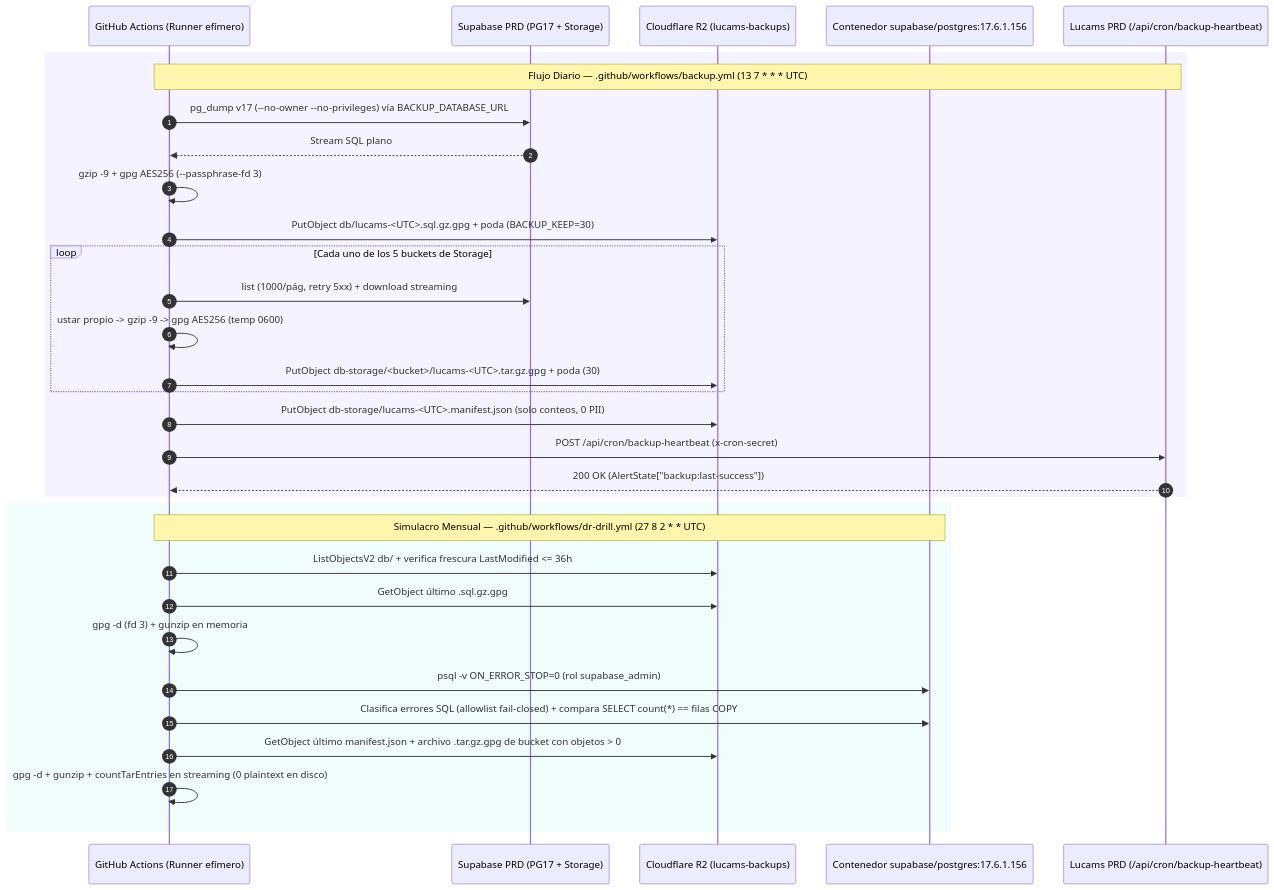
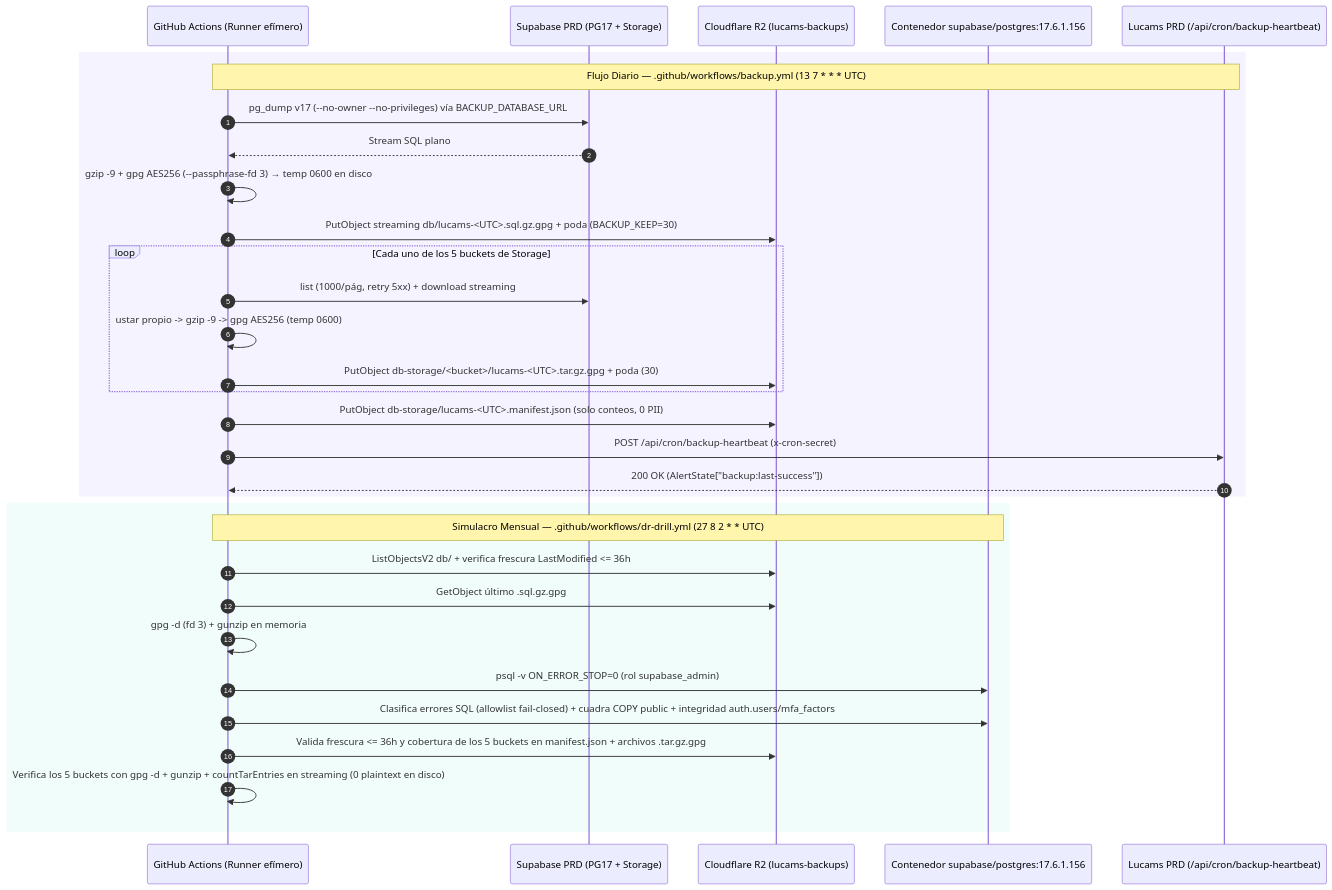
Before and after one commit to jullieth93/lucams: the second of 2 diagrams in docs/integrations/cloudflare.md, drawn with Mermaid. The commit also changed other lines of this file and 5 other files, not shown here.

````diff
--- a/docs/integrations/cloudflare.md
+++ b/docs/integrations/cloudflare.md
@@ -188,36 +188,36 @@
 ```mermaid
 sequenceDiagram
   autonumber
   participant GHA as GitHub Actions (Runner efímero)
   participant Supa as Supabase PRD (PG17 + Storage)
   participant R2 as Cloudflare R2 (lucams-backups)
   participant EphPG as Contenedor supabase/postgres:17.6.1.156
   participant App as Lucams PRD (/api/cron/backup-heartbeat)
 
   rect rgb(245, 243, 255)
     Note over GHA,App: Flujo Diario — .github/workflows/backup.yml (13 7 * * * UTC)
     GHA->>Supa: pg_dump v17 (--no-owner --no-privileges) vía BACKUP_DATABASE_URL
     Supa-->>GHA: Stream SQL plano
-    GHA->>GHA: gzip -9 + gpg AES256 (--passphrase-fd 3)
-    GHA->>R2: PutObject db/lucams-<UTC>.sql.gz.gpg + poda (BACKUP_KEEP=30)
+    GHA->>GHA: gzip -9 + gpg AES256 (--passphrase-fd 3) → temp 0600 en disco
+    GHA->>R2: PutObject streaming db/lucams-<UTC>.sql.gz.gpg + poda (BACKUP_KEEP=30)
     loop Cada uno de los 5 buckets de Storage
       GHA->>Supa: list (1000/pág, retry 5xx) + download streaming
       GHA->>GHA: ustar propio -> gzip -9 -> gpg AES256 (temp 0600)
       GHA->>R2: PutObject db-storage/<bucket>/lucams-<UTC>.tar.gz.gpg + poda (30)
     end
     GHA->>R2: PutObject db-storage/lucams-<UTC>.manifest.json (solo conteos, 0 PII)
     GHA->>App: POST /api/cron/backup-heartbeat (x-cron-secret)
     App-->>GHA: 200 OK (AlertState["backup:last-success"])
   end
 
   rect rgb(240, 253, 250)
     Note over GHA,EphPG: Simulacro Mensual — .github/workflows/dr-drill.yml (27 8 2 * * UTC)
     GHA->>R2: ListObjectsV2 db/ + verifica frescura LastModified <= 36h
     GHA->>R2: GetObject último .sql.gz.gpg
     GHA->>GHA: gpg -d (fd 3) + gunzip en memoria
     GHA->>EphPG: psql -v ON_ERROR_STOP=0 (rol supabase_admin)
-    GHA->>EphPG: Clasifica errores SQL (allowlist fail-closed) + compara SELECT count(*) == filas COPY
-    GHA->>R2: GetObject último manifest.json + archivo .tar.gz.gpg de bucket con objetos > 0
-    GHA->>GHA: gpg -d + gunzip + countTarEntries en streaming (0 plaintext en disco)
+    GHA->>EphPG: Clasifica errores SQL (allowlist fail-closed) + cuadra COPY public + integridad auth.users/mfa_factors
+    GHA->>R2: Valida frescura <= 36h y cobertura de los 5 buckets en manifest.json + archivos .tar.gz.gpg
+    GHA->>GHA: Verifica los 5 buckets con gpg -d + gunzip + countTarEntries en streaming (0 plaintext en disco)
   end
 ```
````
